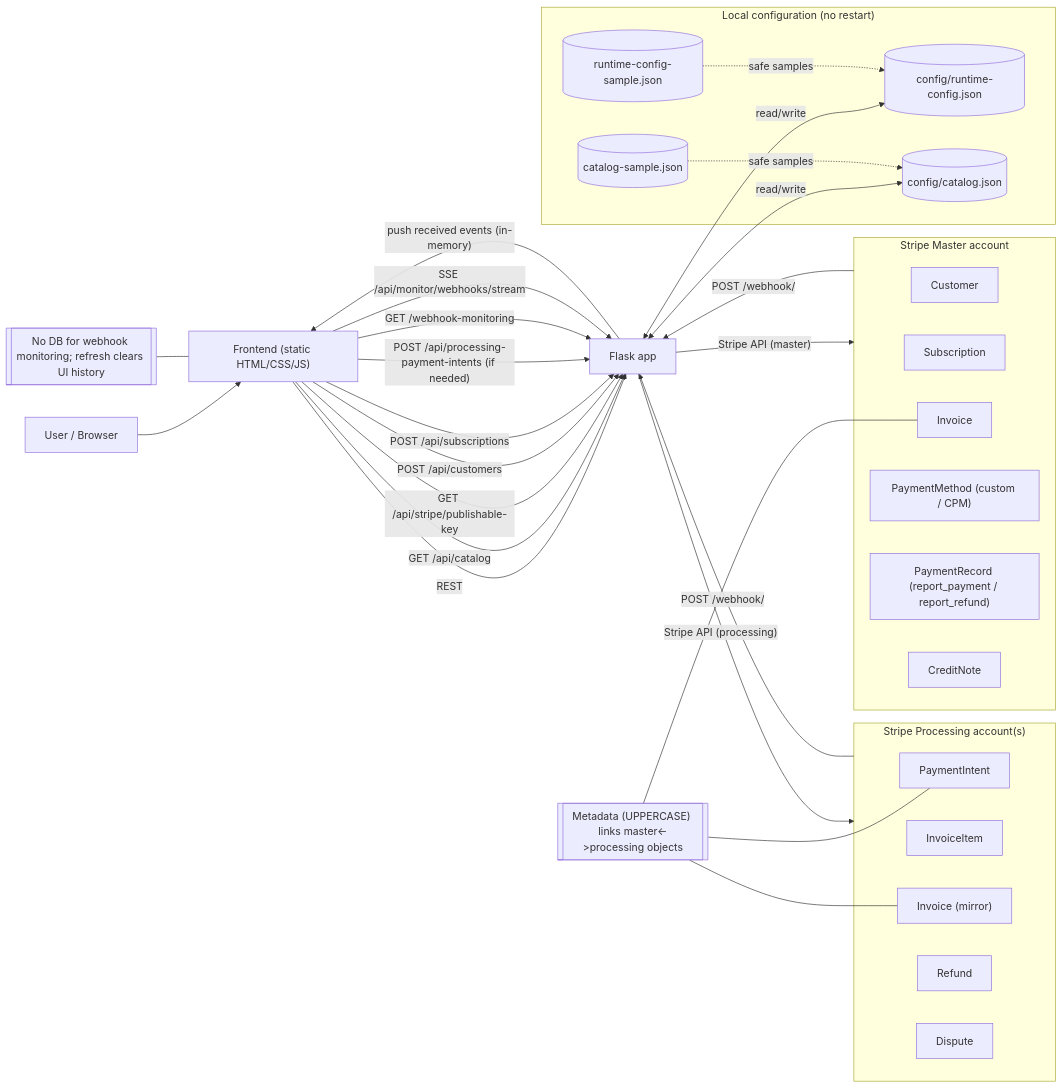
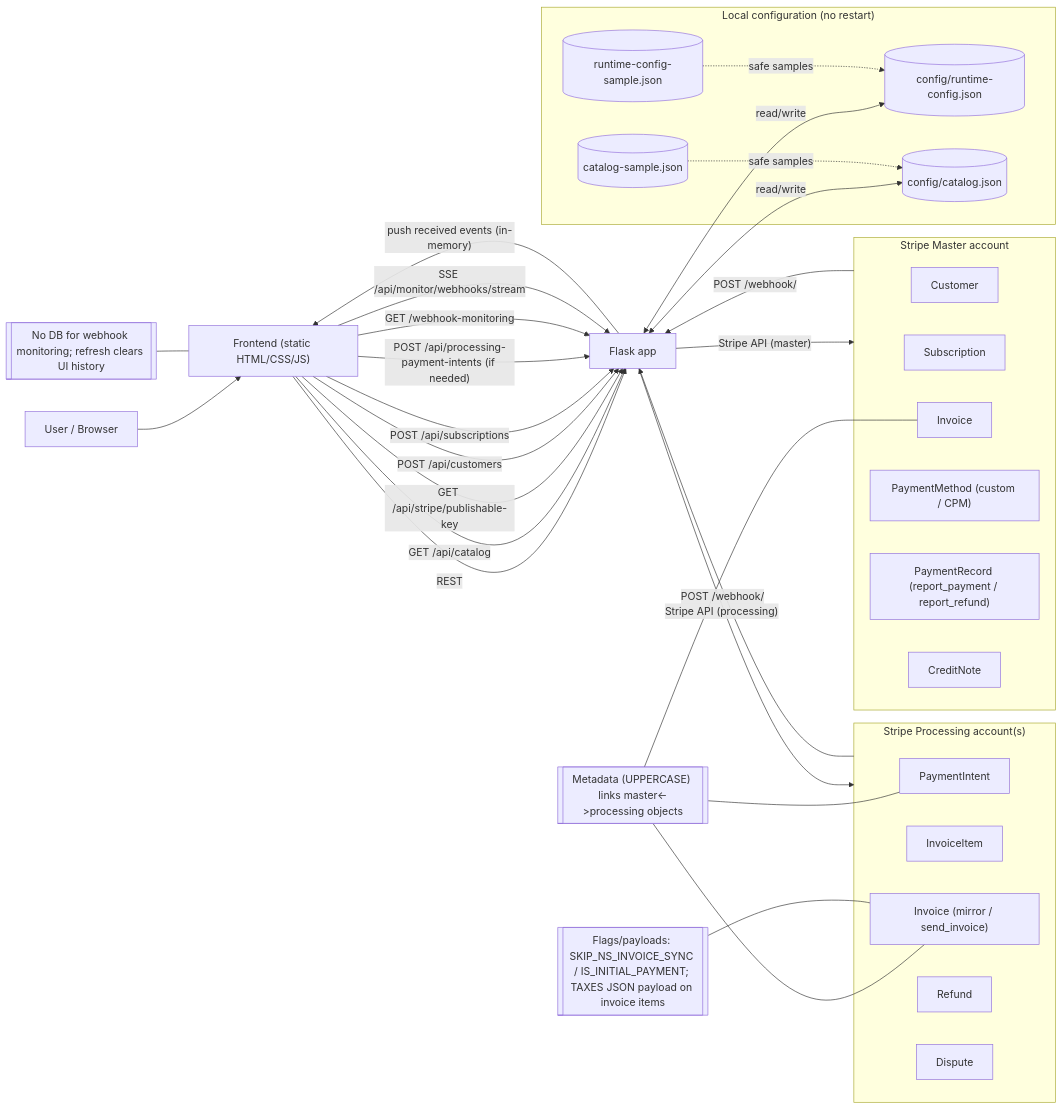
The diagram in diagrams.md (arieunier/stripe-byop-multi-accounts-orchestration), drawn with Mermaid before and after one commit. The commit also changed other lines of this file and 9 other files, not shown here.

First line of the commit message:
feat(orchestration): add runtime-config flags for SKIP_NS_INVOICE_SYNC + tax propagation

````diff
--- a/diagrams.md
+++ b/diagrams.md
@@ -16,62 +16,63 @@
 ```mermaid
 flowchart LR
   %% Actors / Services
   U["User / Browser"] --> FE["Frontend (static HTML/CSS/JS)"]
   FE -->|REST| APP[Flask app]
 
   %% Config
   subgraph CFG["Local configuration (no restart)"]
     RC[("config/runtime-config.json")]
     CAT[("config/catalog.json")]
     RCs[(runtime-config-sample.json)]
     CATs[(catalog-sample.json)]
   end
   APP <-->|read/write| RC
   APP <-->|read/write| CAT
   RCs -. safe samples .-> RC
   CATs -. safe samples .-> CAT
 
   %% Stripe accounts
   subgraph MASTER[Stripe Master account]
     M_CUS[Customer]
     M_SUB[Subscription]
     M_INV[Invoice]
     M_PM["PaymentMethod (custom / CPM)"]
     M_PR["PaymentRecord (report_payment / report_refund)"]
     M_CN[CreditNote]
   end
 
   subgraph PROC["Stripe Processing account(s)"]
     P_PI[PaymentIntent]
     P_II[InvoiceItem]
-    P_INV["Invoice (mirror)"]
+    P_INV["Invoice (mirror / send_invoice)"]
     P_RF[Refund]
     P_DP[Dispute]
   end
 
   %% Sync APIs (frontend -> backend)
   FE -->|GET /api/catalog| APP
   FE -->|GET /api/stripe/publishable-key| APP
   FE -->|POST /api/customers| APP
   FE -->|POST /api/subscriptions| APP
   FE -->|"POST /api/processing-payment-intents (if needed)"| APP
 
   %% Stripe API calls
   APP -->|"Stripe API (master)"| MASTER
   APP -->|"Stripe API (processing)"| PROC
 
   %% Webhooks
   PROC -->|"POST /webhook/<ALIAS>"| APP
   MASTER -->|"POST /webhook/<ALIAS>"| APP
 
   %% Monitoring
   FE -->|GET /webhook-monitoring| APP
   FE -->|SSE /api/monitor/webhooks/stream| APP
   APP -->|"push received events (in-memory)"| FE
 
   %% Notes
   note1[["Metadata (UPPERCASE) links master<->processing objects"]] --- M_INV
   note1 --- P_INV
   note1 --- P_PI
+  note3[["Flags/payloads: SKIP_NS_INVOICE_SYNC / IS_INITIAL_PAYMENT; TAXES JSON payload on invoice items"]] --- P_INV
   note2[["No DB for webhook monitoring; refresh clears UI history"]] --- FE
 ```
````
